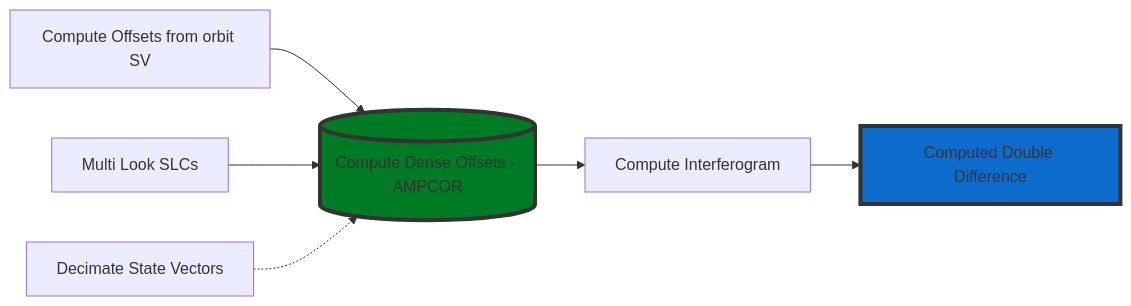
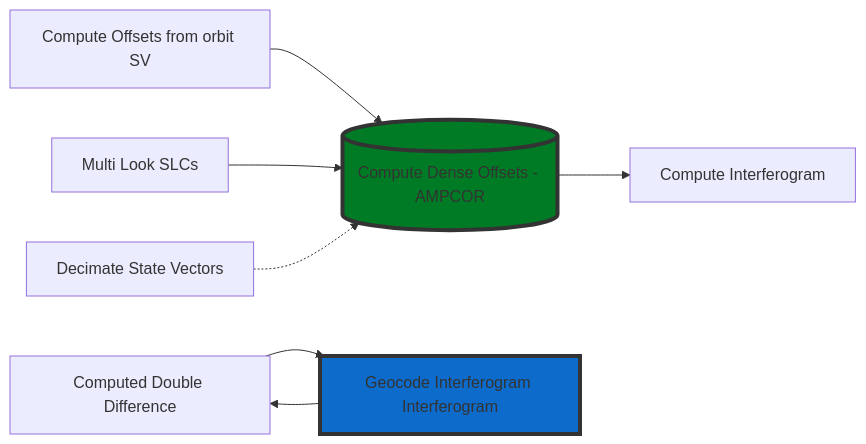
One commit to insarwxw/iceye_gamma_proc changed the diagram in README.md. Above: the diagram before and after it, drawn with Mermaid.

Commit message:
Mermaid Flowchard Update.

````diff
--- a/README.md
+++ b/README.md
@@ -29,11 +29,12 @@
 ```mermaid
   graph LR;
       A[Compute Offsets from orbit SV]-->D[(Compute Dense Offsets - AMPCOR)];
       B[Multi Look SLCs]-->D;
       C[Decimate State Vectors]-.->D;
       D-->E[Compute Interferogram];
-      E-->F[Computed Double Difference];
+      G-->F[Geocode Interferogram Interferogram];
+      F-->G[Computed Double Difference];
       style D fill:#007b25,stroke:#333,stroke-width:4px
       style F fill:#0d6ccb,stroke:#333,stroke-width:4px
 
 ```
````
